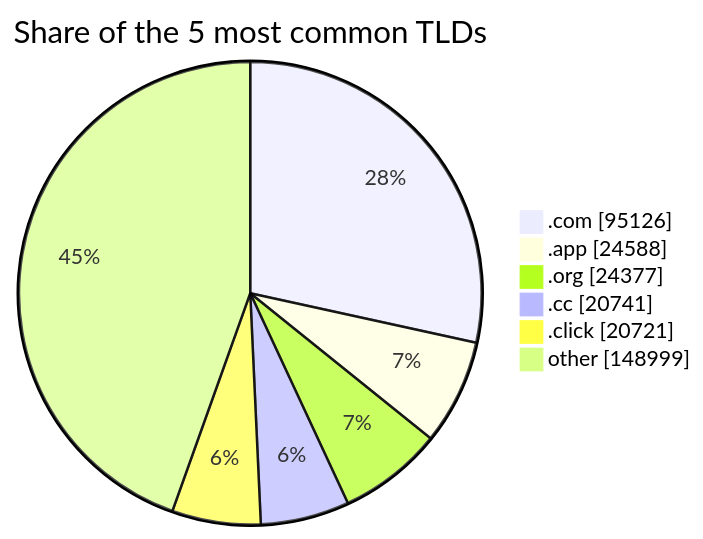
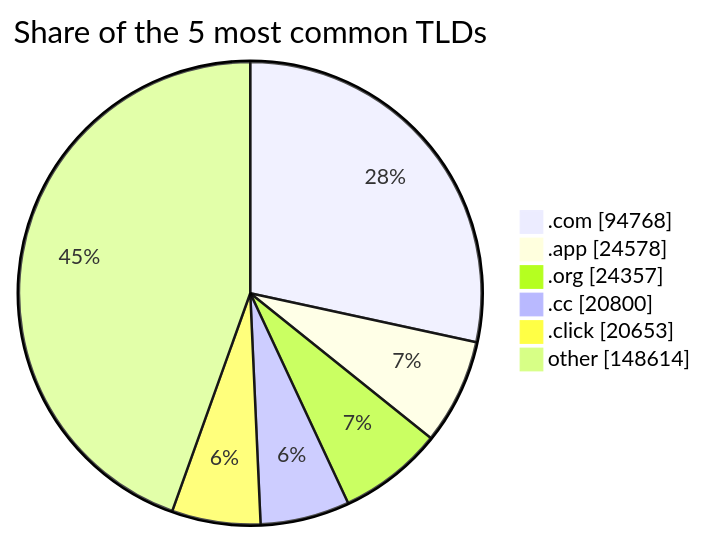
Before and after one commit to DNSBunker/CTI: the third of 3 diagrams in README.md, drawn with Mermaid. The commit also changed other lines of this file and 4 other files, not shown here.

````diff
--- a/README.md
+++ b/README.md
@@ -81,9 +81,9 @@
 ```mermaid
 pie showData title Share of the 5 most common TLDs
-    ".com" : 95126
-    ".app" : 24588
-    ".org" : 24377
-    ".cc" : 20741
-    ".click" : 20721
-    "other" : 148999
+    ".com" : 94768
+    ".app" : 24578
+    ".org" : 24357
+    ".cc" : 20800
+    ".click" : 20653
+    "other" : 148614
 ```
````
